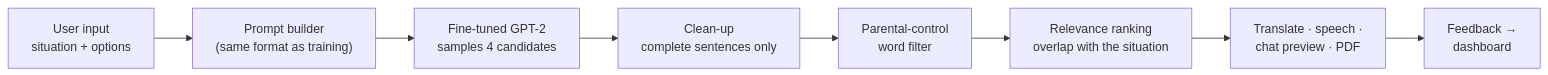
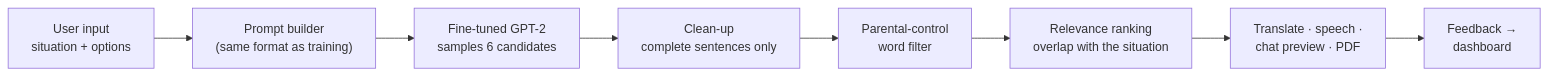
One commit to soham200521/Excusify changed the diagram in README.md. Above: the diagram before and after it, drawn with Mermaid. The commit also changed other lines of this file and 2 other files, not shown here.

````diff
--- a/README.md
+++ b/README.md
@@ -29,10 +29,10 @@
 ```mermaid
 flowchart LR
     A["User input<br/>situation + options"] --> B["Prompt builder<br/>(same format as training)"]
-    B --> C["Fine-tuned GPT-2<br/>samples 4 candidates"]
+    B --> C["Fine-tuned GPT-2<br/>samples 6 candidates"]
     C --> D["Clean-up<br/>complete sentences only"]
     D --> E["Parental-control<br/>word filter"]
     E --> F["Relevance ranking<br/>overlap with the situation"]
     F --> G["Translate · speech ·<br/>chat preview · PDF"]
     G --> H["Feedback →<br/>dashboard"]
 ```
````
